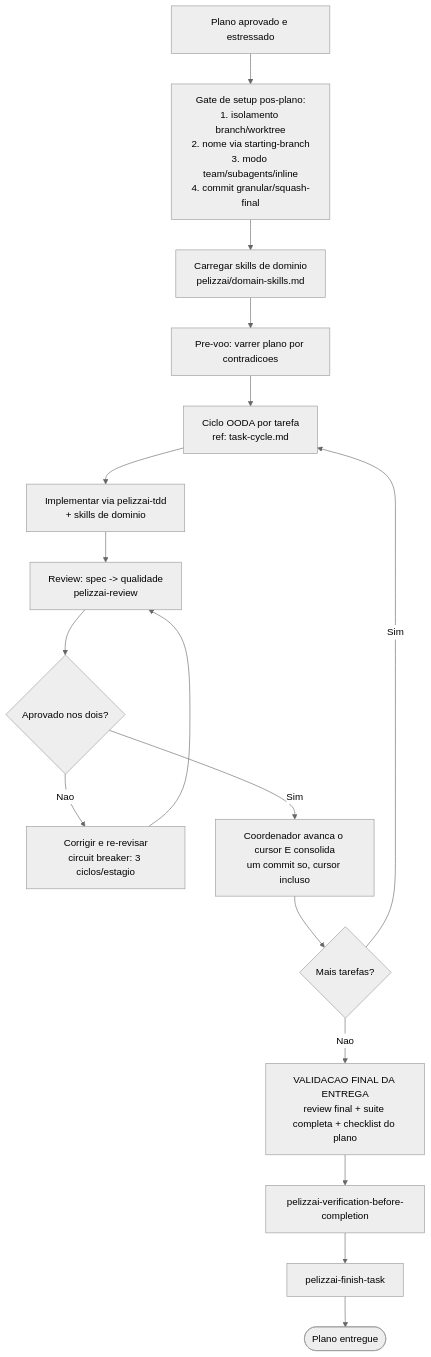
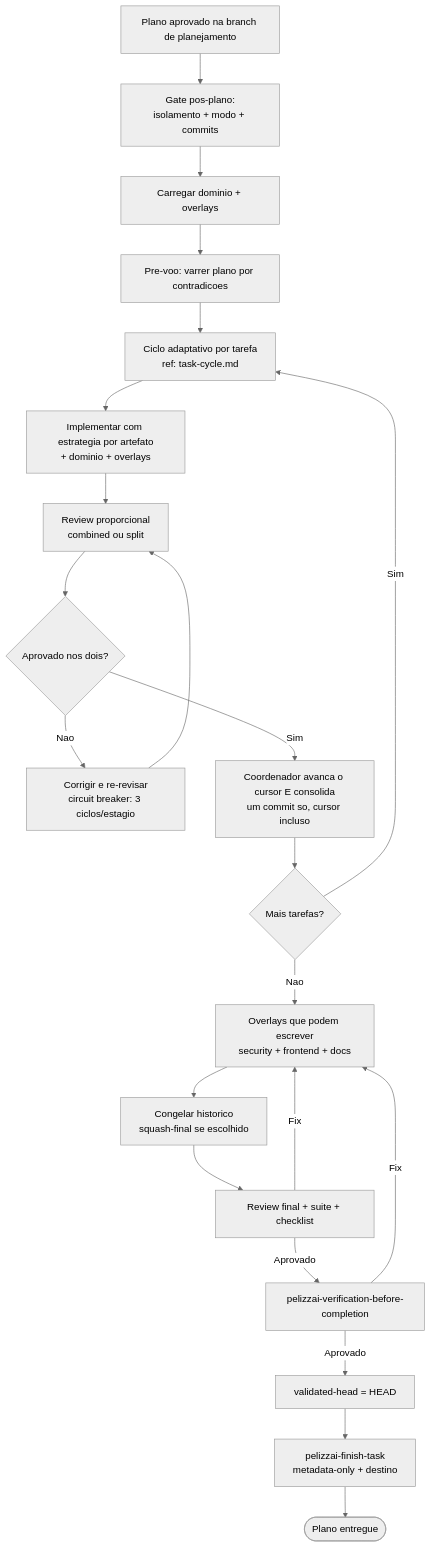
Before and after one commit to rpelizza/PelizzAI: the diagram in .claude/skills/pelizzai-execution-plans/SKILL.md, drawn with Mermaid (neutral theme). The commit also changed other lines of this file and 103 other files, not shown here.

````diff
--- a/.claude/skills/pelizzai-execution-plans/SKILL.md
+++ b/.claude/skills/pelizzai-execution-plans/SKILL.md
@@ -150,19 +142,24 @@
 ```mermaid
 flowchart TD
-    PL[Plano aprovado e estressado] --> GATE[Gate de setup pos-plano:\n1. isolamento branch/worktree\n2. nome via starting-branch\n3. modo team/subagents/inline\n4. commit granular/squash-final]
-    GATE --> DOM[Carregar skills de dominio\npelizzai/domain-skills.md]
+    PL[Plano aprovado na branch de planejamento] --> GATE[Gate pos-plano:\nisolamento + modo + commits]
+    GATE --> DOM[Carregar dominio + overlays]
     DOM --> PRE[Pre-voo: varrer plano por contradicoes]
-    PRE --> CY[Ciclo OODA por tarefa\nref: task-cycle.md]
-    CY --> T[Implementar via pelizzai-tdd\n+ skills de dominio]
-    T --> RV[Review: spec -> qualidade\npelizzai-review]
+    PRE --> CY[Ciclo adaptativo por tarefa\nref: task-cycle.md]
+    CY --> T[Implementar com estrategia por artefato\n+ dominio + overlays]
+    T --> RV[Review proporcional\ncombined ou split]
     RV --> Q{Aprovado nos dois?}
     Q -- Nao --> FX[Corrigir e re-revisar\ncircuit breaker: 3 ciclos/estagio]
     FX --> RV
     Q -- Sim --> CM[Coordenador avanca o cursor E consolida\num commit so, cursor incluso]
     CM --> MORE{Mais tarefas?}
     MORE -- Sim --> CY
-    MORE -- Nao --> VAL[VALIDACAO FINAL DA ENTREGA\nreview final + suite completa + checklist do plano]
-    VAL --> VC[pelizzai-verification-before-completion]
-    VC --> FIN[pelizzai-finish-task]
+    MORE -- Nao --> OV[Overlays que podem escrever\nsecurity + frontend + docs]
+    OV --> CONS[Congelar historico\nsquash-final se escolhido]
+    CONS --> VAL[Review final + suite + checklist]
+    VAL -- Fix --> OV
+    VAL -- Aprovado --> VC[pelizzai-verification-before-completion]
+    VC -- Fix --> OV
+    VC -- Aprovado --> SEAL[validated-head = HEAD]
+    SEAL --> FIN[pelizzai-finish-task\nmetadata-only + destino]
     FIN --> done([Plano entregue])
 ```
````
